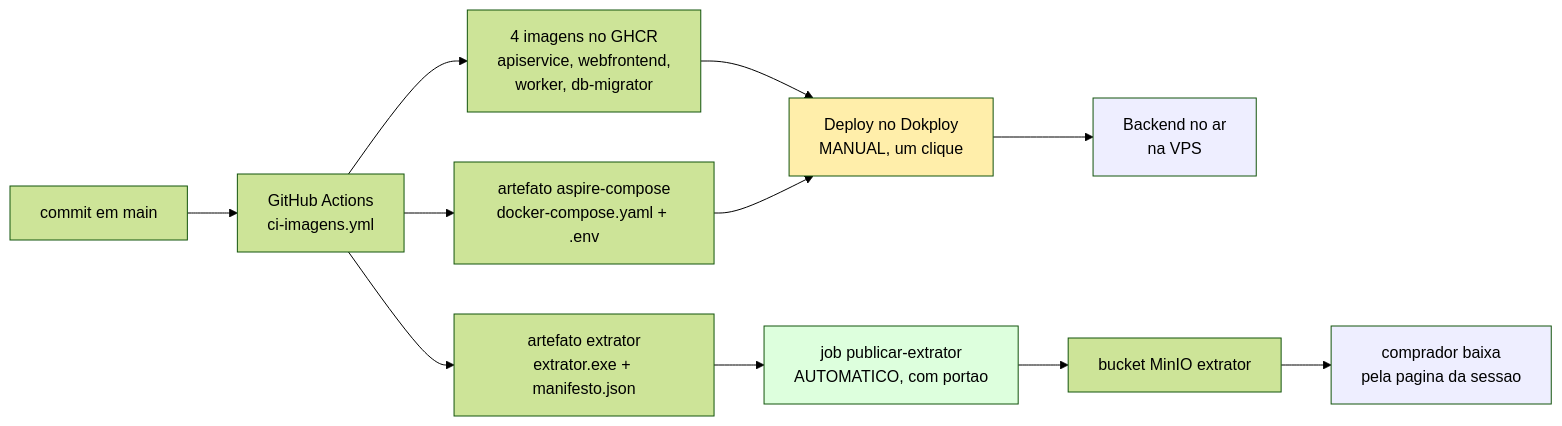
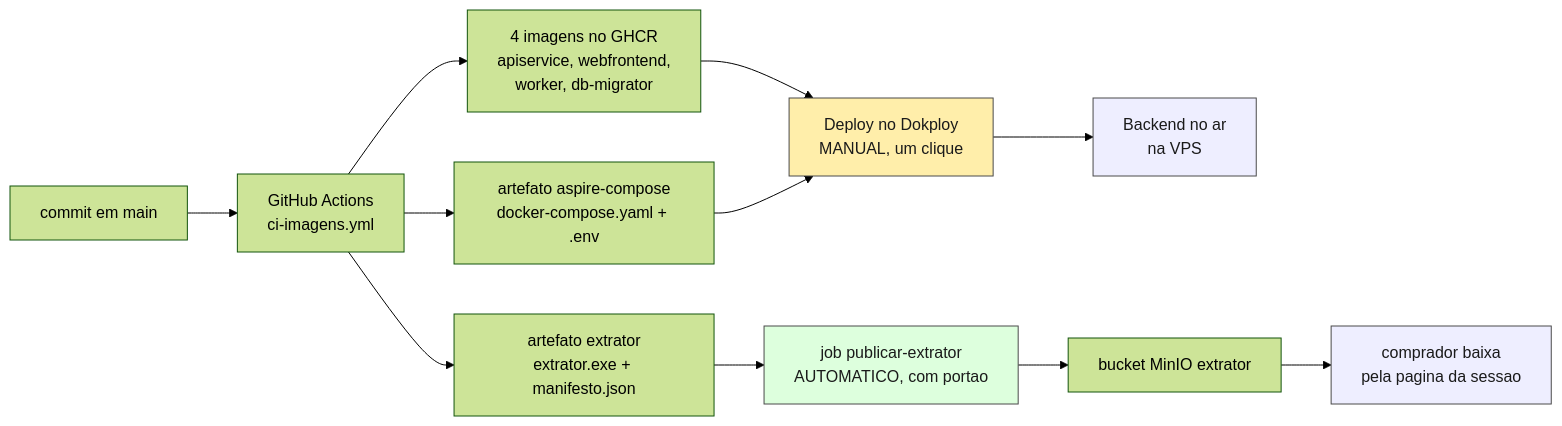
The first of 9 diagrams in Docs/fluxo-de-entrega.md (procfit/MLDemandForcastPOC), drawn with Mermaid (forest theme) before and after one commit. The commit also changed other lines of this file, not shown here.

First line of the commit message:
fix(docs): pin label color on the styled diagram nodes

````diff
--- a/Docs/fluxo-de-entrega.md
+++ b/Docs/fluxo-de-entrega.md
@@ -17,21 +17,21 @@
 ```mermaid
 flowchart LR
     C["commit em main"] --> CI["GitHub Actions<br/>ci-imagens.yml"]
 
     CI --> IMG["4 imagens no GHCR<br/>apiservice, webfrontend,<br/>worker, db-migrator"]
     CI --> CMP["artefato aspire-compose<br/>docker-compose.yaml + .env"]
     CI --> EXE["artefato extrator<br/>extrator.exe + manifesto.json"]
 
     IMG --> DEP["Deploy no Dokploy<br/>MANUAL, um clique"]
     CMP --> DEP
     DEP --> VPS["Backend no ar<br/>na VPS"]
 
     EXE --> PUB["job publicar-extrator<br/>AUTOMATICO, com portao"]
     PUB --> MINIO["bucket MinIO extrator"]
     MINIO --> COMP["comprador baixa<br/>pela pagina da sessao"]
 
-    style DEP fill:#fea
-    style PUB fill:#dfd
-    style VPS fill:#eef
-    style COMP fill:#eef
+    style DEP fill:#fea,stroke:#4a4a4a,color:#1a1a1a
+    style PUB fill:#dfd,stroke:#4a4a4a,color:#1a1a1a
+    style VPS fill:#eef,stroke:#4a4a4a,color:#1a1a1a
+    style COMP fill:#eef,stroke:#4a4a4a,color:#1a1a1a
 ```
````
